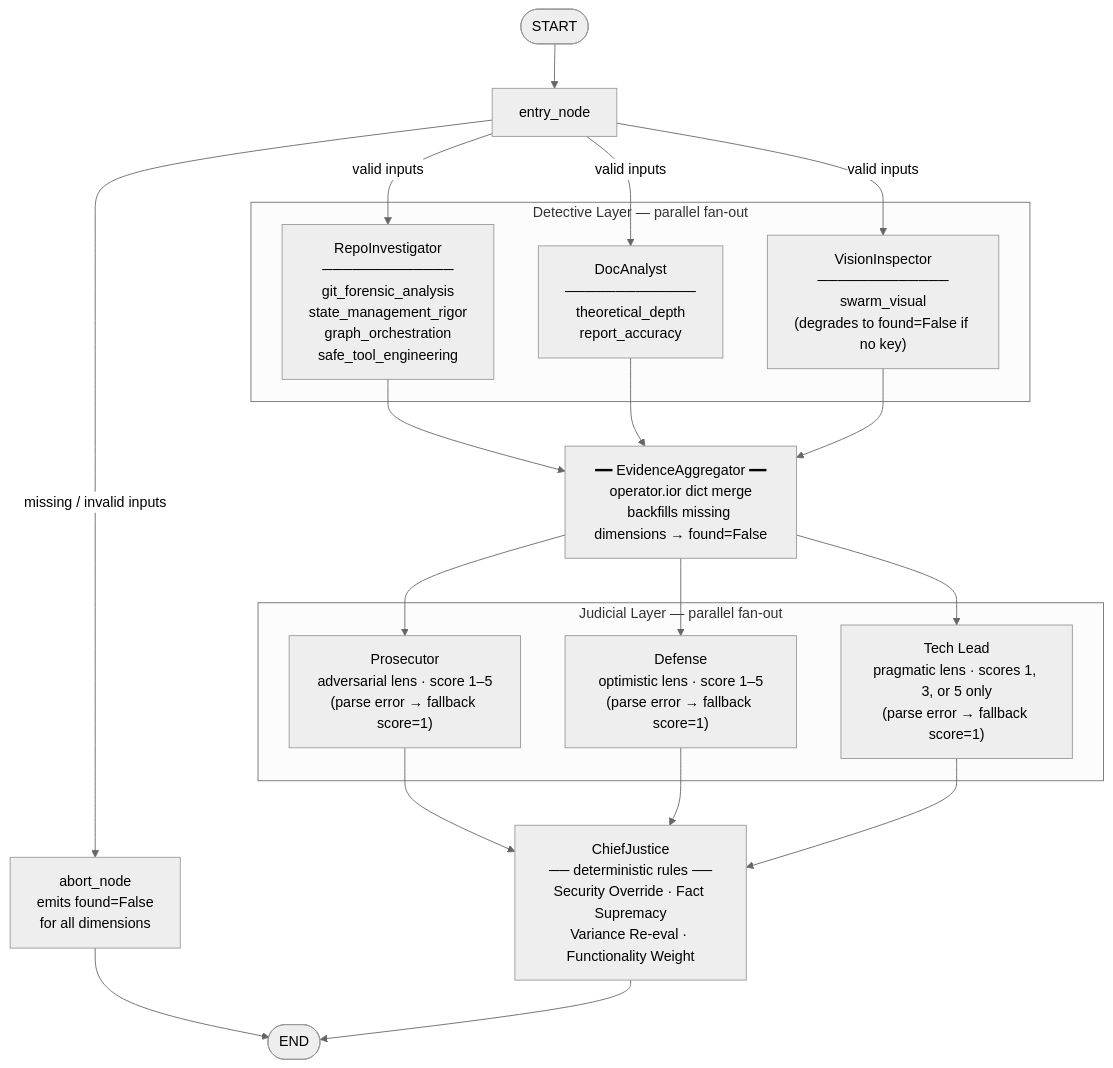
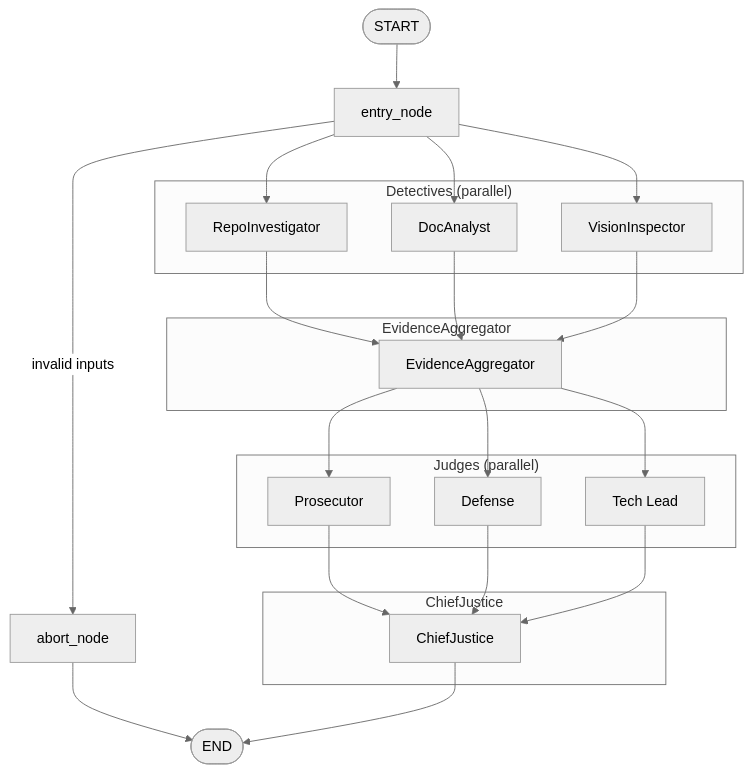
The sixth of 10 diagrams in reports/final_report.md (NebiyouBelaineh/LangGraph-Automation-Auditor), drawn with Mermaid (neutral theme) before and after one commit. The commit also changed other lines of this file and 1 other file, not shown here.

First line of the commit message:
docs: rubric compliance — theoretical depth and audit summary

````diff
--- a/reports/final_report.md
+++ b/reports/final_report.md
@@ -386,42 +401,45 @@
 ```mermaid
 flowchart TD
     START([START]) --> entry_node
 
-    entry_node -->|valid inputs| repo_investigator
-    entry_node -->|valid inputs| doc_analyst
-    entry_node -->|valid inputs| vision_inspector
-    entry_node -->|missing / invalid inputs| abort
+    entry_node --> repo_investigator
+    entry_node --> doc_analyst
+    entry_node --> vision_inspector
+    entry_node -->|invalid inputs| abort
 
-    subgraph "Detective Layer — parallel fan-out"
-        repo_investigator["RepoInvestigator\n─────────────\ngit_forensic_analysis\nstate_management_rigor\ngraph_orchestration\nsafe_tool_engineering"]
-        doc_analyst["DocAnalyst\n─────────────\ntheoretical_depth\nreport_accuracy"]
-        vision_inspector["VisionInspector\n─────────────\nswarm_visual\n(degrades to found=False if no key)"]
+    subgraph fanout1["Detectives (parallel)"]
+        repo_investigator["RepoInvestigator"]
+        doc_analyst["DocAnalyst"]
+        vision_inspector["VisionInspector"]
     end
 
     repo_investigator --> evidence_aggregator
     doc_analyst --> evidence_aggregator
     vision_inspector --> evidence_aggregator
 
-    evidence_aggregator["━━ EvidenceAggregator ━━\noperator.ior dict merge\nbackfills missing dimensions → found=False"]
+    subgraph fanin1["EvidenceAggregator"]
+        evidence_aggregator["EvidenceAggregator"]
+    end
 
-    abort["abort_node\nemits found=False\nfor all dimensions"]
-    abort --> END([END])
+    abort["abort_node"] --> END([END])
 
     evidence_aggregator --> prosecutor
     evidence_aggregator --> defense
     evidence_aggregator --> tech_lead
 
-    subgraph "Judicial Layer — parallel fan-out"
-        prosecutor["Prosecutor\nadversarial lens · score 1–5\n(parse error → fallback score=1)"]
-        defense["Defense\noptimistic lens · score 1–5\n(parse error → fallback score=1)"]
-        tech_lead["Tech Lead\npragmatic lens · scores 1, 3, or 5 only\n(parse error → fallback score=1)"]
+    subgraph fanout2["Judges (parallel)"]
+        prosecutor["Prosecutor"]
+        defense["Defense"]
+        tech_lead["Tech Lead"]
     end
 
     prosecutor --> chief_justice
     defense --> chief_justice
     tech_lead --> chief_justice
 
-    chief_justice["ChiefJustice\n── deterministic rules ──\nSecurity Override · Fact Supremacy\nVariance Re-eval · Functionality Weight"]
+    subgraph fanin2["ChiefJustice"]
+        chief_justice["ChiefJustice"]
+    end
 
     chief_justice --> END
 ```
````
